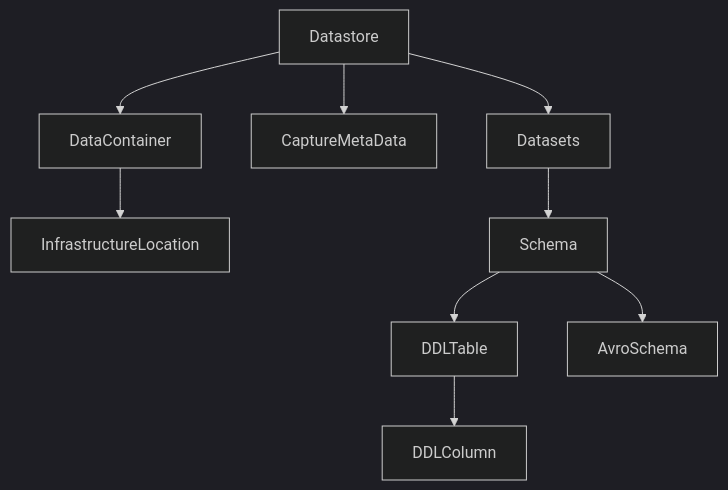
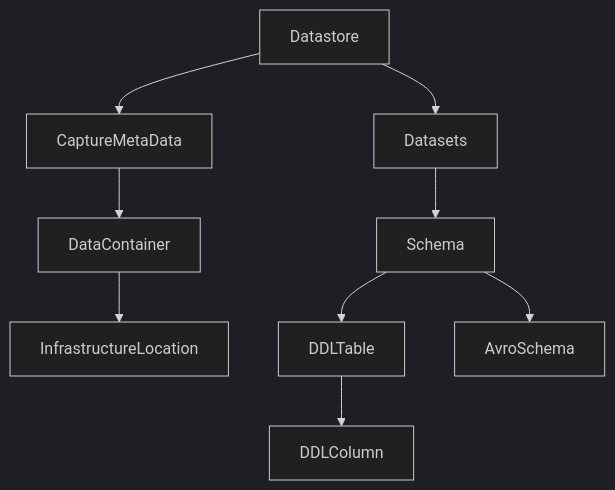
One commit to billynewport/datasurface changed the diagram in docs/Datastores.md. Above: the diagram before and after it, drawn with Mermaid (dark theme).

````diff
--- a/docs/Datastores.md
+++ b/docs/Datastores.md
@@ -9,14 +9,14 @@
 ```mermaid
 graph TD
     DS[Datastore] --> SET[Datasets]
     DS --> CMD[CaptureMetaData]
-    DS --> CON[DataContainer]
+    CMD --> CON[DataContainer]
     CON --> LOC[InfrastructureLocation]
 
     SET --> SC[Schema]
 
     SC --> TBL[DDLTable]
     TBL --> COL[DDLColumn]
 
     SC --> AV[AvroSchema]
 ```
````
